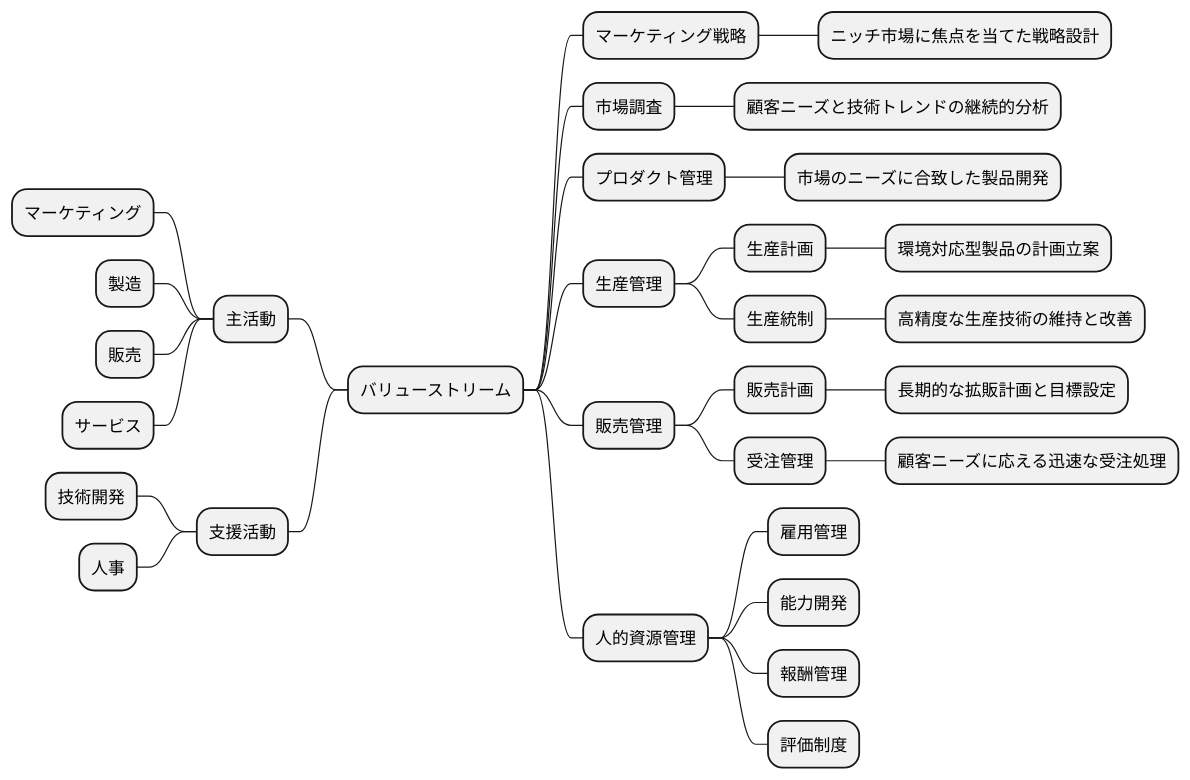
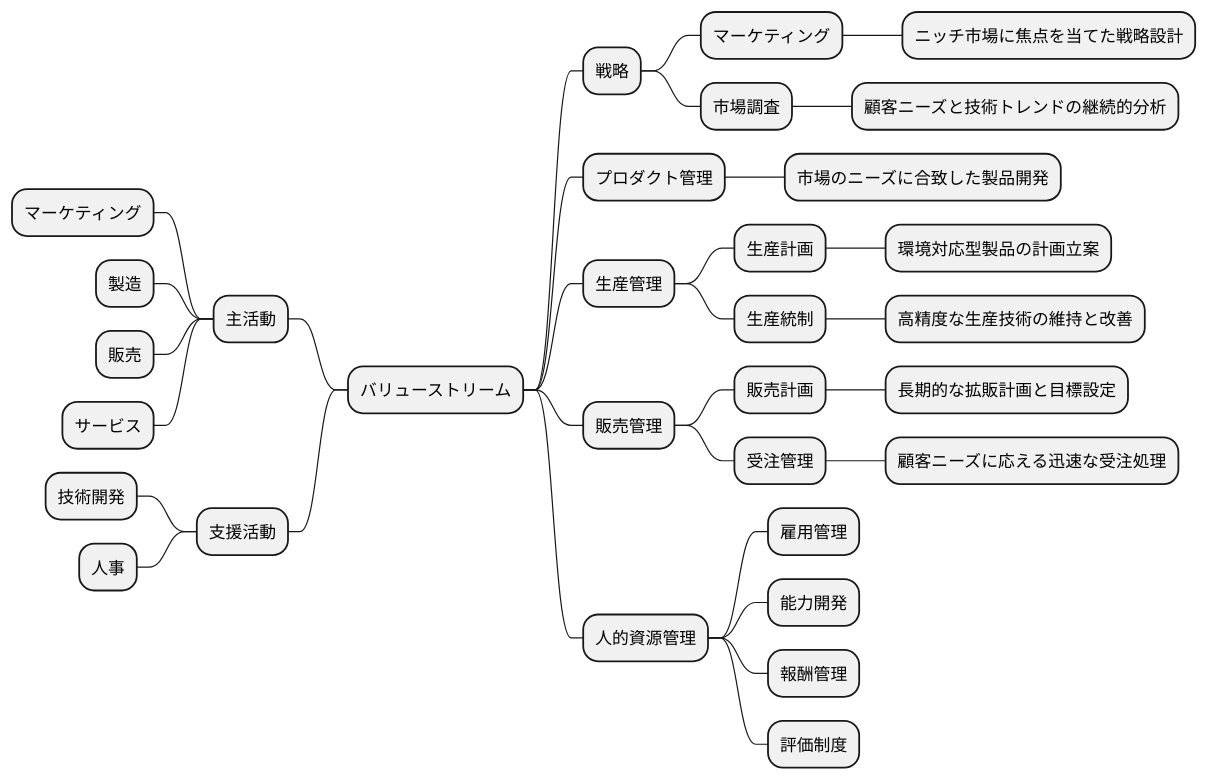
Before and after one commit to k2works/case-sutudy-business-analysis: diagram 12 of 19 in docs/case/h30_case_1.adoc, drawn with PlantUML. The commit also changed other lines of this file, not shown here.

Commit message:
docs:H30 事例1

```diff
--- a/docs/case/h30_case_1.adoc
+++ b/docs/case/h30_case_1.adoc
@@ -459,39 +459,40 @@
 [plantuml]
 ----
 @startmindmap
 
 * バリューストリーム
 left side
 ** 主活動
 *** マーケティング
 *** 製造
 *** 販売
 *** サービス
 ** 支援活動
 *** 技術開発
 *** 人事
 right side
-** マーケティング戦略
-*** ニッチ市場に焦点を当てた戦略設計
-** 市場調査
-*** 顧客ニーズと技術トレンドの継続的分析
+** 戦略
+*** マーケティング
+**** ニッチ市場に焦点を当てた戦略設計
+*** 市場調査
+**** 顧客ニーズと技術トレンドの継続的分析
 ** プロダクト管理
 *** 市場のニーズに合致した製品開発
 ** 生産管理
 *** 生産計画
 **** 環境対応型製品の計画立案
 *** 生産統制
 **** 高精度な生産技術の維持と改善
 ** 販売管理
 *** 販売計画
 **** 長期的な拡販計画と目標設定
 *** 受注管理
 **** 顧客ニーズに応える迅速な受注処理
 ** 人的資源管理
 *** 雇用管理
 *** 能力開発
 *** 報酬管理
 *** 評価制度
 
 @endmindmap
 ----
```
